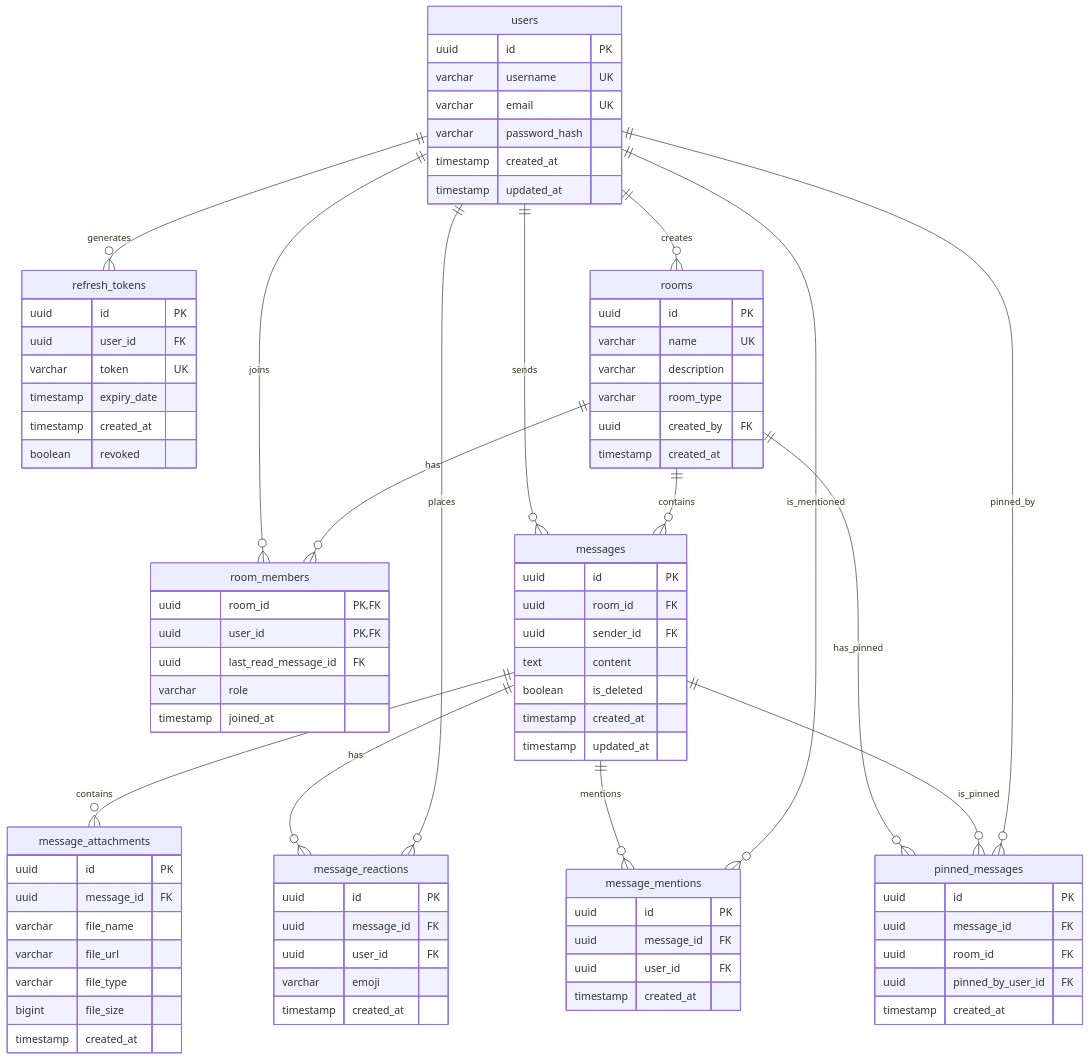
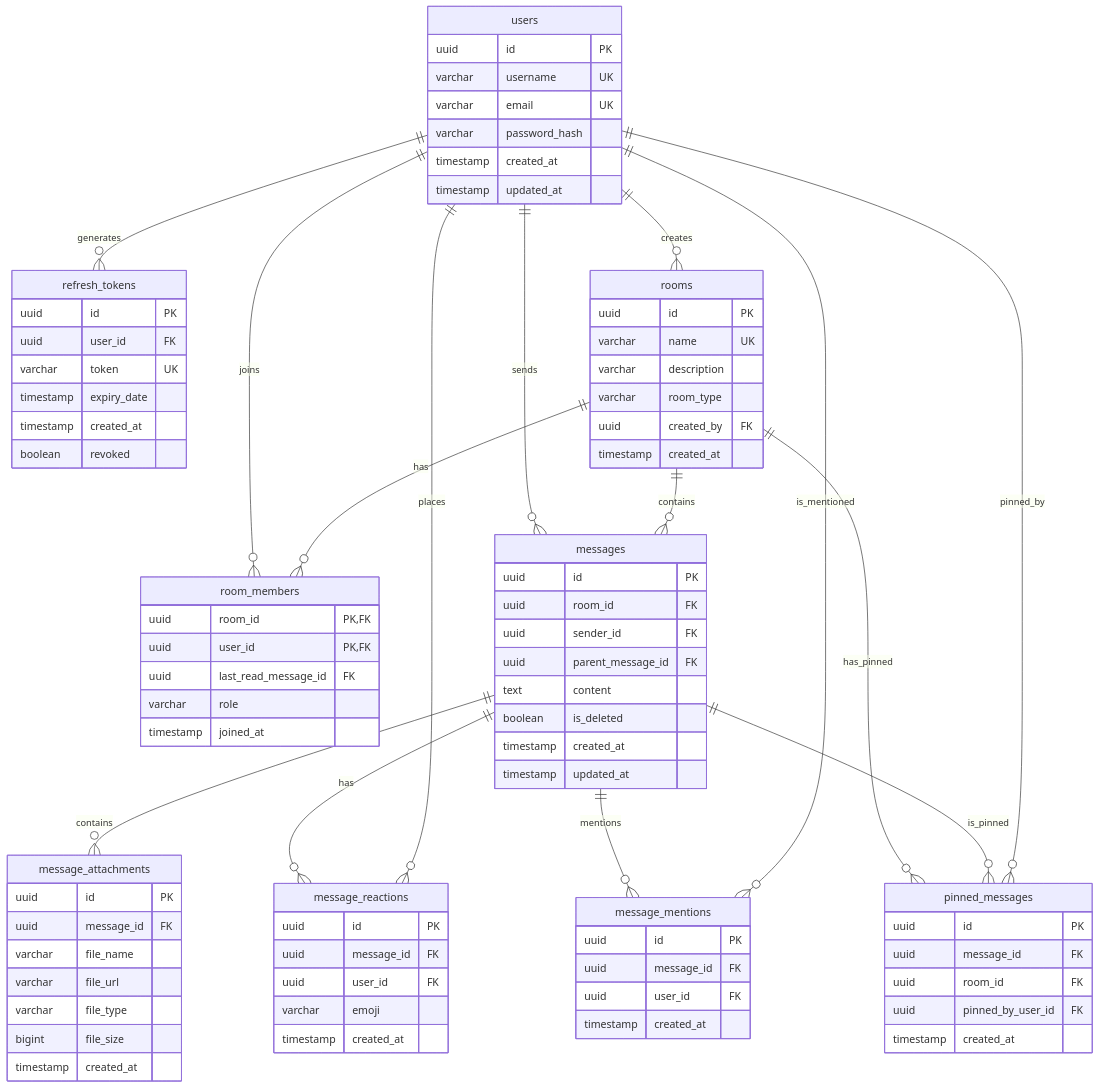
Before and after one commit to rishi-18/realtime-chat-application: the diagram in docs/database-design.md, drawn with Mermaid. The commit also changed other lines of this file and 15 other files, not shown here.

```diff
--- a/docs/database-design.md
+++ b/docs/database-design.md
@@ -43,6 +43,7 @@
         uuid id PK
         uuid room_id FK
         uuid sender_id FK
+        uuid parent_message_id FK
         text content
         boolean is_deleted
         timestamp created_at
```
